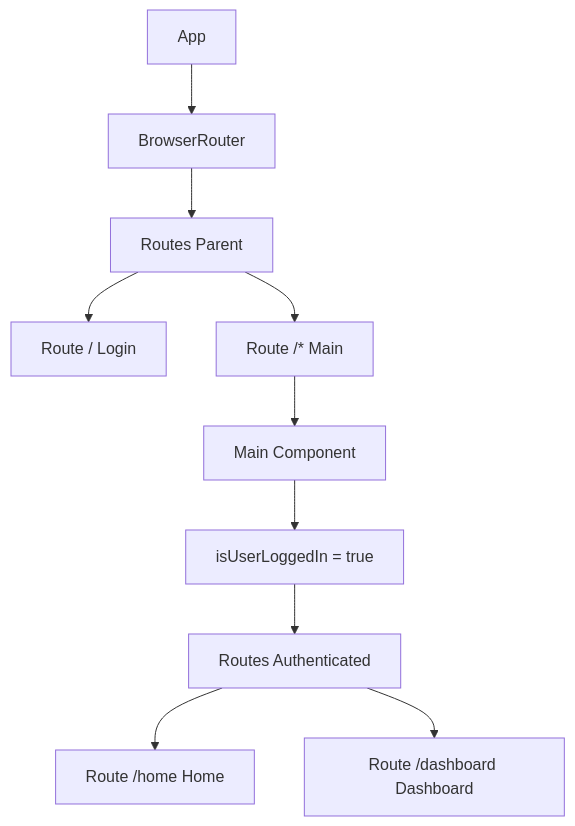
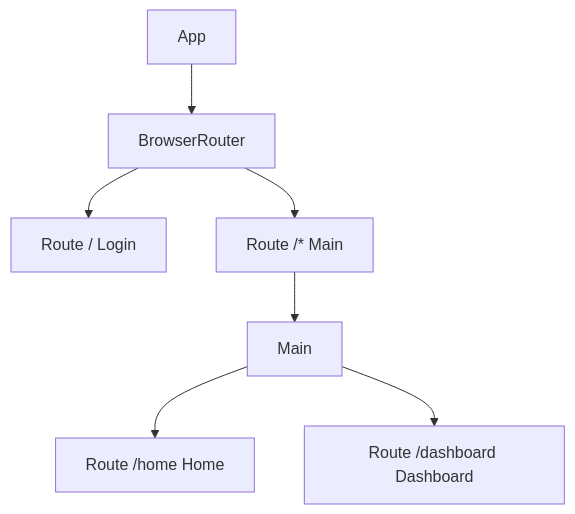
The diagram in docs/src/App.jsx.md (test-company-prowiz/tableau-frontend), drawn with Mermaid before and after one commit. The commit also changed other lines of this file, not shown here.

Commit message:
docs: auto-generated documentation for docs/src/App.jsx.md

````diff
--- a/docs/src/App.jsx.md
+++ b/docs/src/App.jsx.md
@@ -46,12 +48,9 @@
 ```mermaid
 graph TD
-App[App] --> BrowserRouter[BrowserRouter]
-BrowserRouter --> RoutesParent[Routes Parent]
-RoutesParent --> RouteLogin[Route / Login]
-RoutesParent --> RouteWildcard[Route /* Main]
-RouteWildcard --> MainComponent[Main Component]
-MainComponent --> CheckLoginStatus[isUserLoggedIn = true]
-CheckLoginStatus --> RoutesAuthenticated[Routes Authenticated]
-RoutesAuthenticated --> RouteHome[Route /home Home]
-RoutesAuthenticated --> RouteDashboard[Route /dashboard Dashboard]
+AppRoot[App] --> BrowserRouter[BrowserRouter]
+BrowserRouter --> LoginRoute[Route / Login]
+BrowserRouter --> MainRoute[Route /* Main]
+MainRoute --> MainComponent[Main]
+MainComponent --> HomeRoute[Route /home Home]
+MainComponent --> DashboardRoute[Route /dashboard Dashboard]
 ```
````
